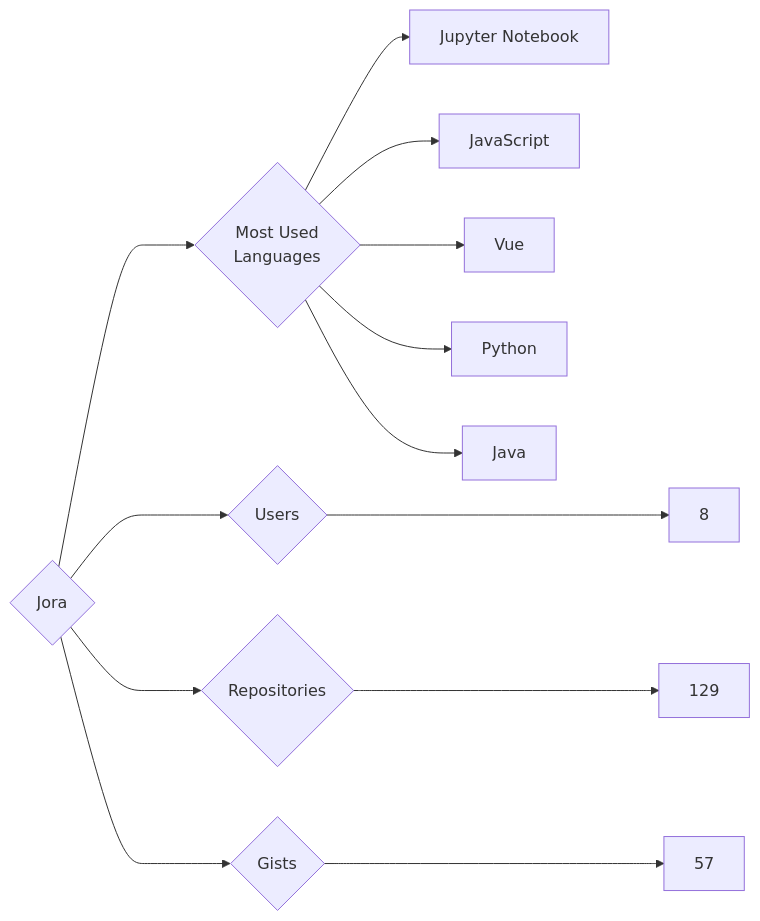
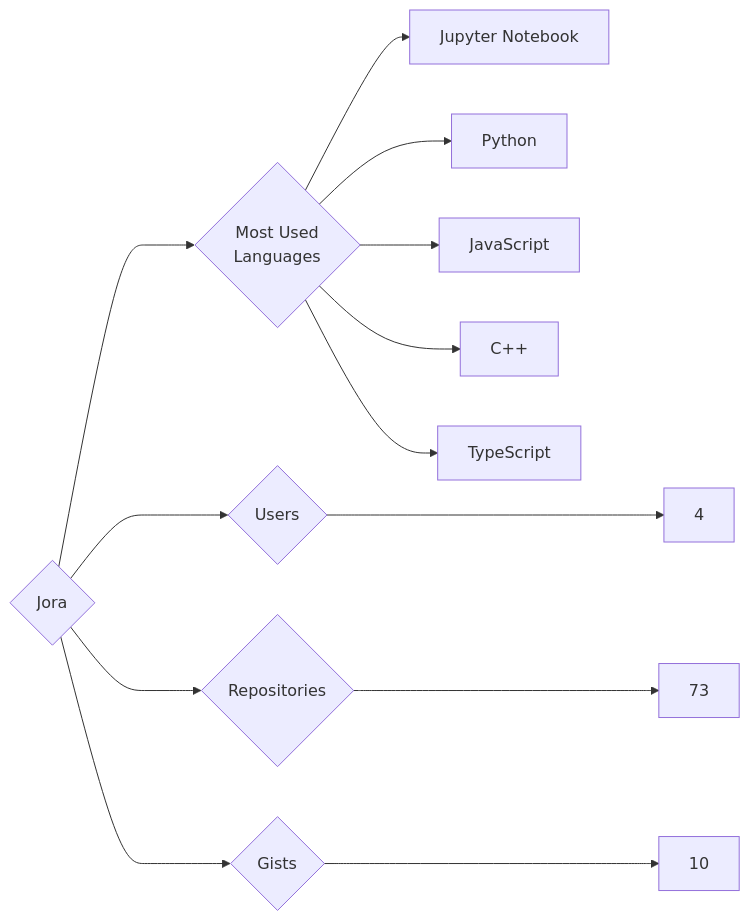
Before and after one commit to trickest/insiders: the diagram in targets/Jora/README.md, drawn with Mermaid. The commit also changed 925 other files, not shown here.

````diff
--- a/targets/Jora/README.md
+++ b/targets/Jora/README.md
@@ -3,13 +3,13 @@
 ```mermaid
 graph LR
 COMPANY_NAME{Jora}
-COMPANY_NAME ---> U{Users} ---> UN[8]
-COMPANY_NAME ---> R{Repositories} ---> RN[129]
-COMPANY_NAME ---> G{Gists} ---> GN[57]
+COMPANY_NAME ---> U{Users} ---> UN[4]
+COMPANY_NAME ---> R{Repositories} ---> RN[73]
+COMPANY_NAME ---> G{Gists} ---> GN[10]
 COMPANY_NAME ---> ML{Most Used<br>Languages}
 ML --> Jupyter_Notebook[Jupyter Notebook]
+ML --> Python[Python]
 ML --> JavaScript[JavaScript]
-ML --> Vue[Vue]
-ML --> Python[Python]
-ML --> Java[Java]
+ML --> C++[C++]
+ML --> TypeScript[TypeScript]
 ```
````
